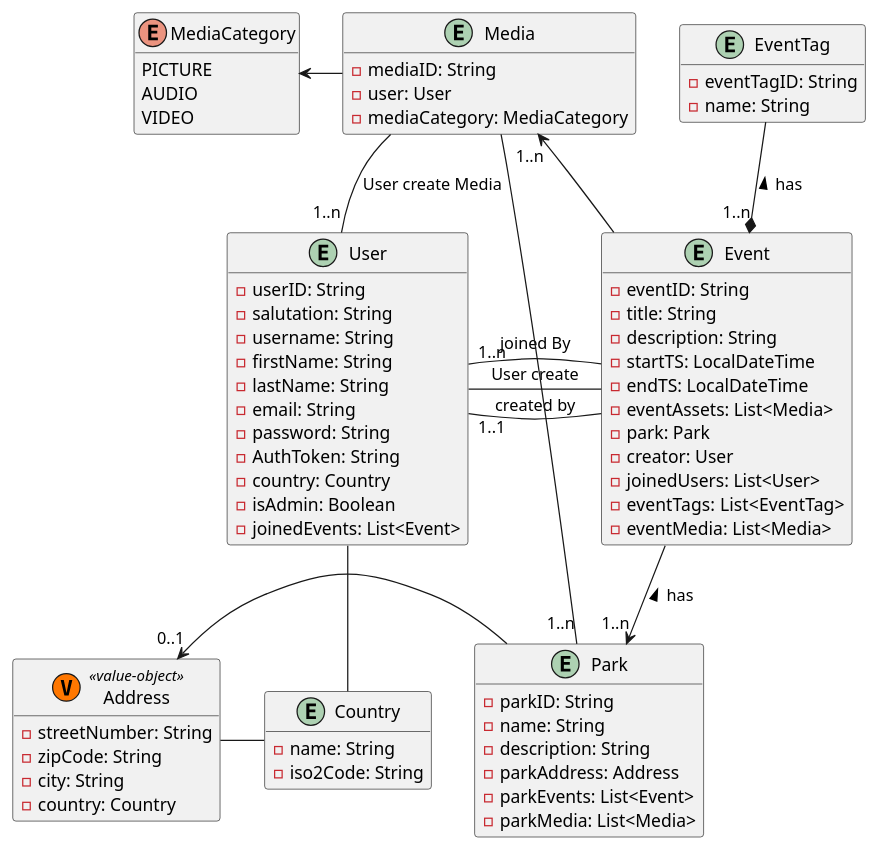
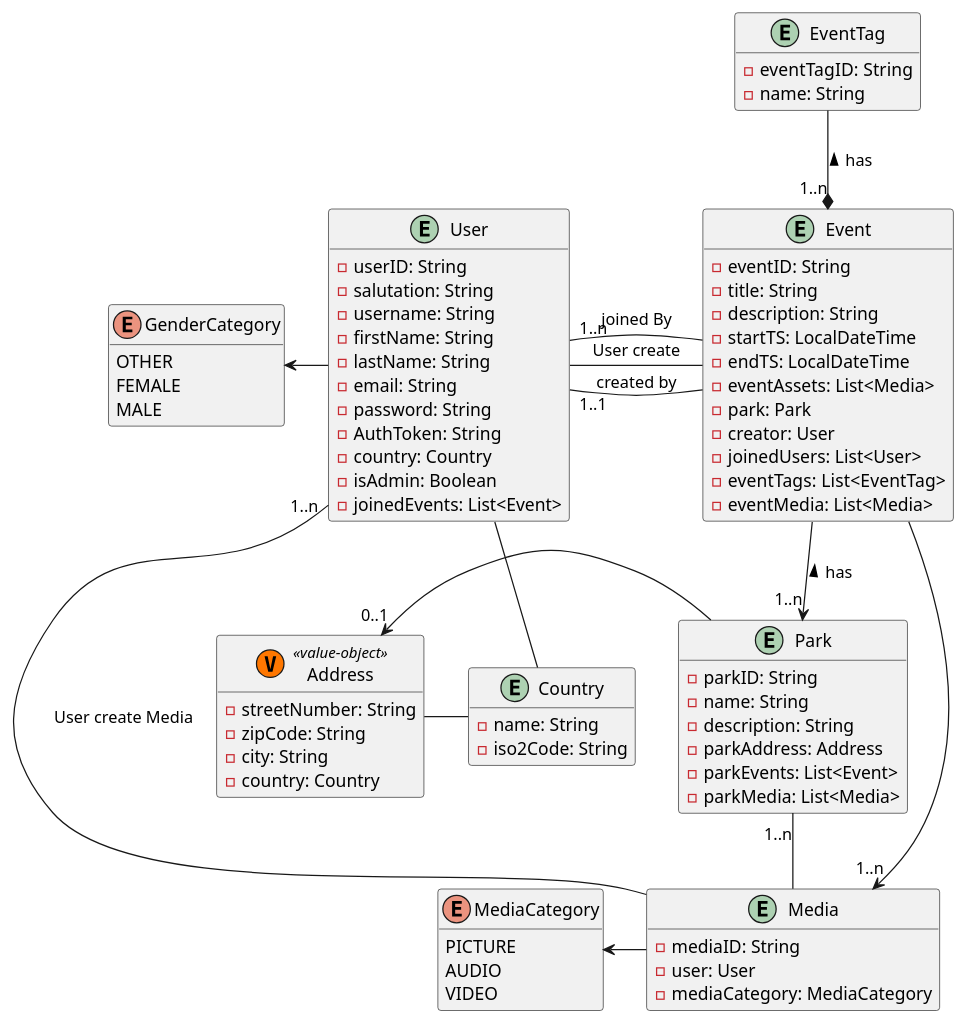
One commit to Lucaww23e013/ParkPal_Backend changed the diagram in uml/domain.puml. Above: the diagram before and after it, drawn with PlantUML. The commit also changed 1 other file, not shown here.

Commit message:
Added Enum GenderCategory;
Changed the uml accordingly

```diff
--- a/uml/domain.puml
+++ b/uml/domain.puml
@@ -1,86 +1,93 @@
 @startuml
 'https://plantuml.com/class-diagram
 
 hide empty methods
 
 entity User {
     - userID: String
     - salutation: String
     - username: String
     - firstName: String
     - lastName: String
     - email: String
     - password: String
     - AuthToken: String
     - country: Country
     - isAdmin: Boolean
     - joinedEvents: List<Event>
+}
+
+enum GenderCategory {
+    OTHER
+    FEMALE
+    MALE
 }
 
 entity Event {
     - eventID: String
     - title: String
     - description: String
     - startTS: LocalDateTime
     - endTS: LocalDateTime
     - eventAssets: List<Media>
     - park: Park
     - creator: User
     - joinedUsers: List<User>
     - eventTags: List<EventTag>
     - eventMedia: List<Media>
 }
 
 entity EventTag {
     - eventTagID: String
     - name: String
 }
 
 entity Media {
     - mediaID: String
     - user: User
     - mediaCategory: MediaCategory
 }
 
 enum MediaCategory {
     PICTURE
     AUDIO
     VIDEO
 }
 
 entity Park {
     - parkID: String
     - name: String
     - description: String
     - parkAddress: Address
     - parkEvents: List<Event>
     - parkMedia: List<Media>
 }
 
 class Address <<(V, #FF7700) value-object>> {
     - streetNumber: String
     - zipCode: String
     - city: String
     - country: Country
 }
 
 entity Country {
     - name: String
     - iso2Code: String
 }
 
 User "1..1" -- Event : created by
 Event -[hidden]- User
 Event --> "1..n" Park : has <
 Event -left- "1..n" User : joined By
 EventTag --* "1..n" Event : has <
 Media "1..n" <-- Event
 User "1..n" -- Media : User create Media
 User -- Event : User create
 Park "1..n" -- Media
 User -- Country
 Address - Country
 Park -left> "0..1" Address
 Media -left-> MediaCategory
+User -left> GenderCategory
 
 @enduml
```
